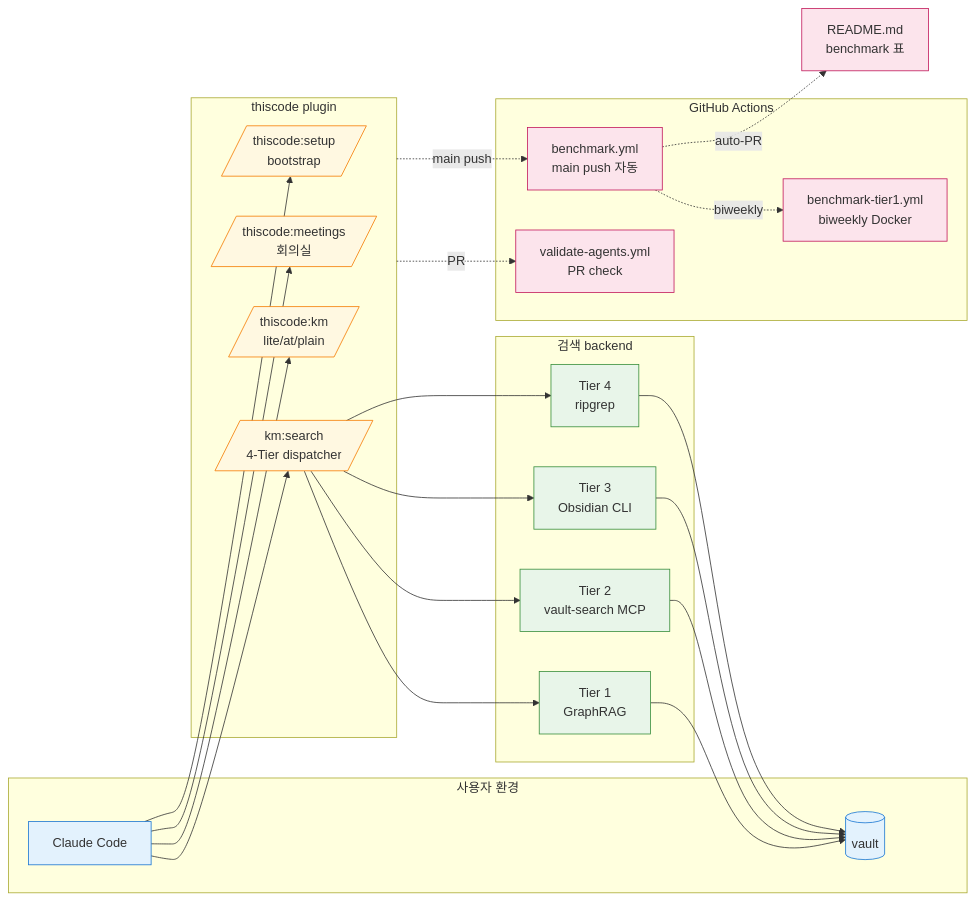
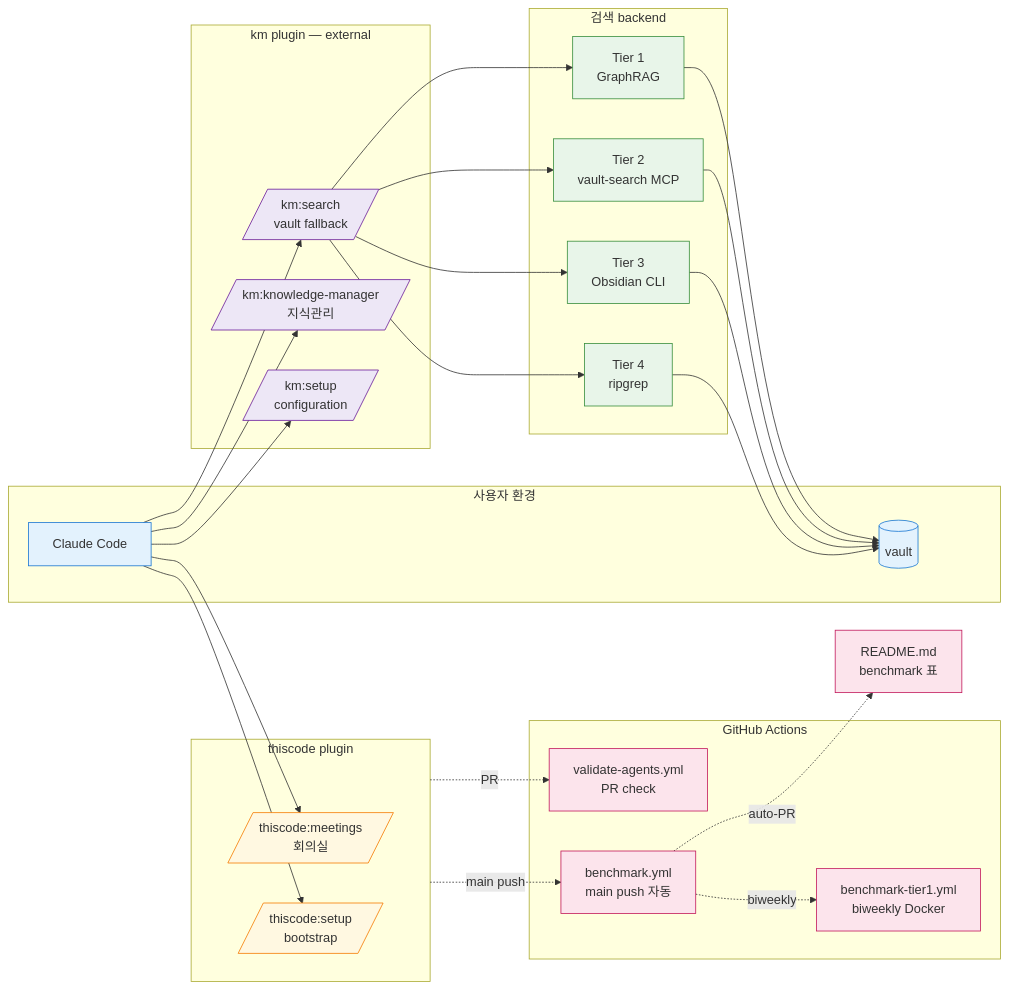
Before and after one commit to treylom/ThisCode: the sixth of 6 diagrams in docs/ARCHITECTURE.md, drawn with Mermaid. The commit also changed other lines of this file and 15 other files, not shown here.

Commit message:
docs(1.4.0): state the KM boundary — removed vs moved, km plugin owns knowledge/search (B1/B2/B5)

````diff
--- a/docs/ARCHITECTURE.md
+++ b/docs/ARCHITECTURE.md
@@ -151,56 +145,63 @@
 ```mermaid
 flowchart LR
     subgraph User[사용자 환경]
         CC[Claude Code]
         Vault[(vault)]
     end
 
     subgraph Plugin[thiscode plugin]
-        Search[/km:search<br/>4-Tier dispatcher/]
-        KM[/thiscode:km<br/>lite/at/plain/]
         Meet[/thiscode:meetings<br/>회의실/]
         Setup[/thiscode:setup<br/>bootstrap/]
+    end
+
+    subgraph KMPlugin[km plugin — external]
+        Search[/km:search<br/>vault fallback/]
+        Knowledge[/km:knowledge-manager<br/>지식관리/]
+        KMSetup[/km:setup<br/>configuration/]
     end
 
     subgraph Backend[검색 backend]
         T1[Tier 1<br/>GraphRAG]
         T2[Tier 2<br/>vault-search MCP]
         T3[Tier 3<br/>Obsidian CLI]
         T4[Tier 4<br/>ripgrep]
     end
 
     subgraph CI[GitHub Actions]
         VA[validate-agents.yml<br/>PR check]
         BM[benchmark.yml<br/>main push 자동]
         BT1[benchmark-tier1.yml<br/>biweekly Docker]
     end
 
     CC --> Search
-    CC --> KM
+    CC --> Knowledge
+    CC --> KMSetup
     CC --> Meet
     CC --> Setup
 
     Search --> T1
     Search --> T2
     Search --> T3
     Search --> T4
 
     T1 --> Vault
     T2 --> Vault
     T3 --> Vault
     T4 --> Vault
 
     Plugin -.PR.-> VA
     Plugin -.main push.-> BM
     BM -.biweekly.-> BT1
     BM -.auto-PR.-> README[README.md<br/>benchmark 표]
 
     classDef user fill:#e3f2fd,stroke:#1976d2
     classDef plugin fill:#fff8e1,stroke:#f57c00
+    classDef external fill:#ede7f6,stroke:#6a1b9a
     classDef backend fill:#e8f5e9,stroke:#388e3c
     classDef ci fill:#fce4ec,stroke:#c2185b
     class CC,Vault user
-    class Search,KM,Meet,Setup plugin
+    class Meet,Setup plugin
+    class Search,Knowledge,KMSetup external
     class T1,T2,T3,T4 backend
     class VA,BM,BT1,README ci
 ```
````
